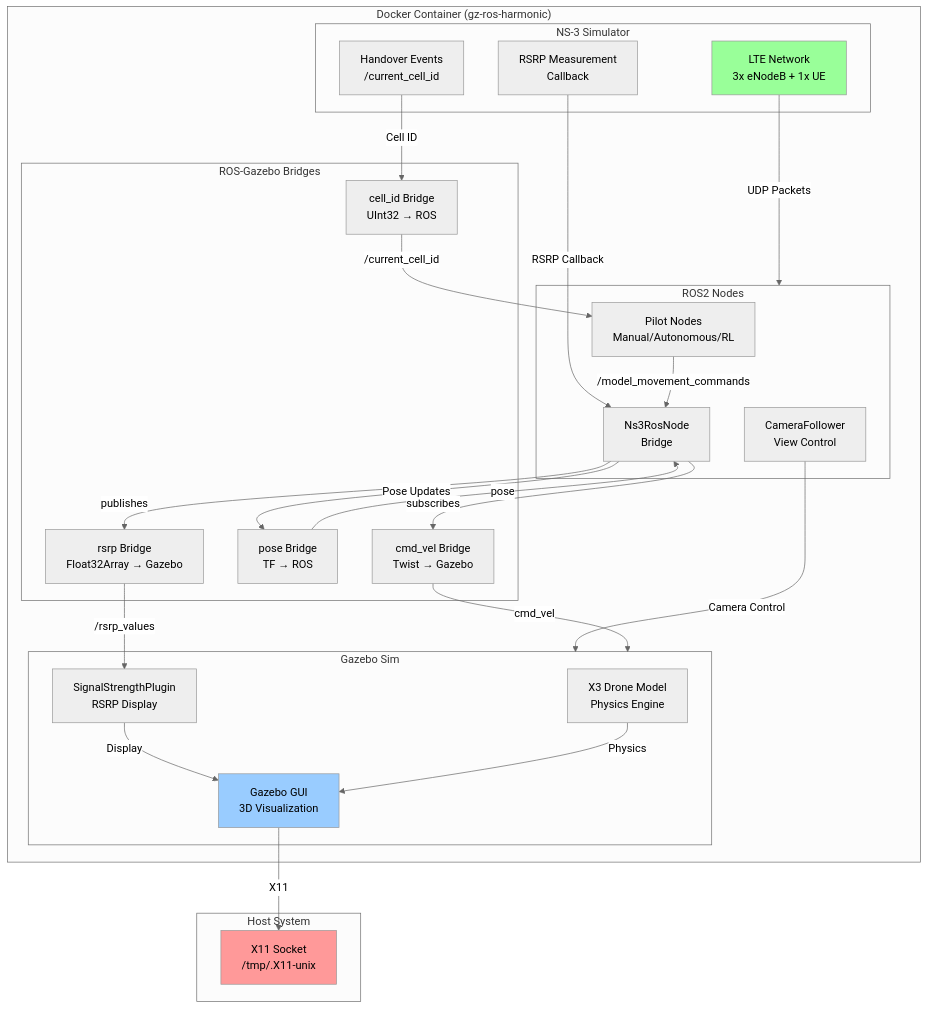
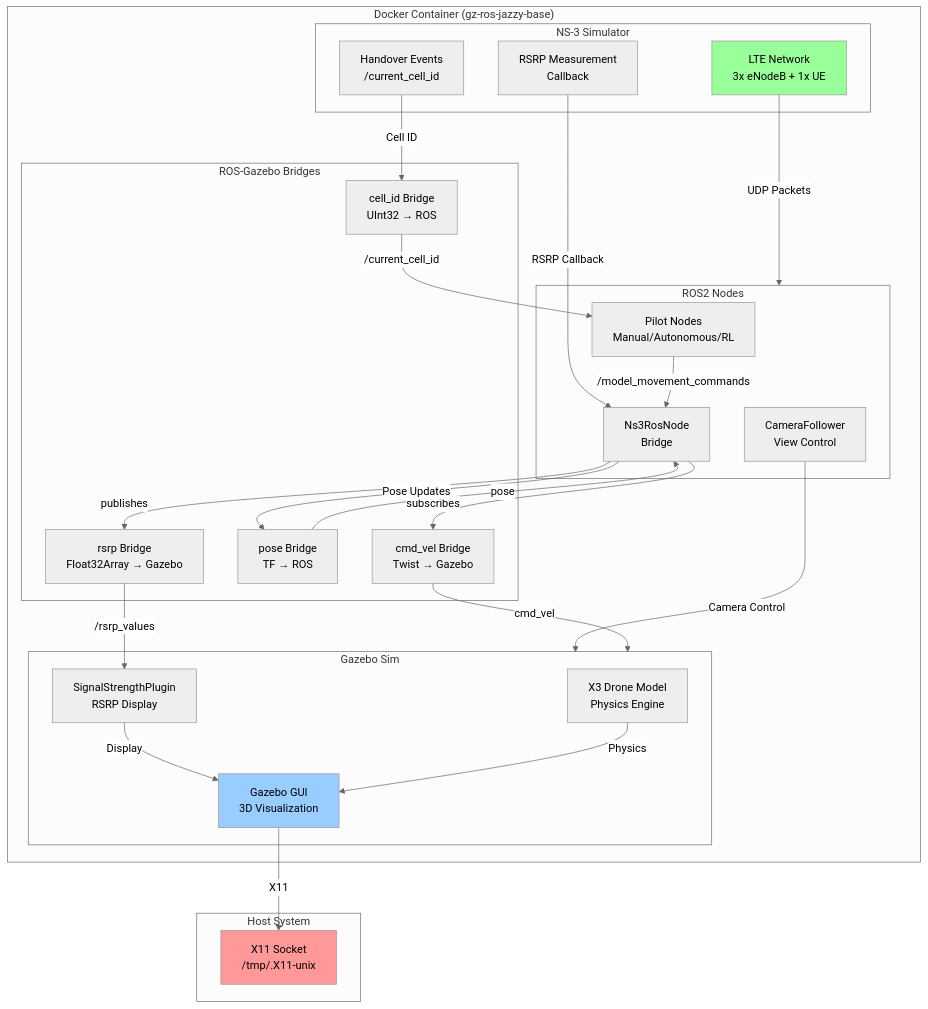
Before and after one commit to Anoop-Grunt/lte-drone-simulation-ns3-gazebo-ros: the diagram in README.md, drawn with Mermaid (neutral theme). The commit also changed other lines of this file, not shown here.

````diff
--- a/README.md
+++ b/README.md
@@ -17,58 +17,58 @@
 ```mermaid
 graph TB
     subgraph Host["Host System"]
         X11["X11 Socket<br/>/tmp/.X11-unix"]
     end
     
-    subgraph Docker["Docker Container (gz-ros-harmonic)"]
+    subgraph Docker["Docker Container (gz-ros-jazzy-base)"]
         subgraph NS3["NS-3 Simulator"]
             NS3_LTE["LTE Network<br/>3x eNodeB + 1x UE"]
             RSRP_TRACE["RSRP Measurement<br/>Callback"]
             HANDOVER["Handover Events<br/>/current_cell_id"]
         end
         
         subgraph ROS["ROS2 Nodes"]
             NS3_ROS["Ns3RosNode<br/>Bridge"]
             PILOTS["Pilot Nodes<br/>Manual/Autonomous/RL"]
             CAMERA["CameraFollower<br/>View Control"]
         end
         
         subgraph Bridges["ROS-Gazebo Bridges"]
             CMD_BRIDGE["cmd_vel Bridge<br/>Twist → Gazebo"]
             POSE_BRIDGE["pose Bridge<br/>TF → ROS"]
             RSRP_BRIDGE["rsrp Bridge<br/>Float32Array → Gazebo"]
             CELL_BRIDGE["cell_id Bridge<br/>UInt32 → ROS"]
         end
         
         subgraph Gazebo["Gazebo Sim"]
             DRONE["X3 Drone Model<br/>Physics Engine"]
             SIGNAL_PLUGIN["SignalStrengthPlugin<br/>RSRP Display"]
             GUI["Gazebo GUI<br/>3D Visualization"]
         end
         
         NS3_LTE -->|UDP Packets| ROS
         RSRP_TRACE -->|RSRP Callback| NS3_ROS
         HANDOVER -->|Cell ID| CELL_BRIDGE
         
         NS3_ROS -->|publishes| RSRP_BRIDGE
         NS3_ROS -->|subscribes| CMD_BRIDGE
         NS3_ROS -->|Pose Updates| POSE_BRIDGE
         CELL_BRIDGE -->|/current_cell_id| PILOTS
         
         PILOTS -->|/model_movement_commands| NS3_ROS
         CAMERA -->|Camera Control| Gazebo
         
         CMD_BRIDGE -->|cmd_vel| Gazebo
         POSE_BRIDGE -->|pose| NS3_ROS
         RSRP_BRIDGE -->|/rsrp_values| SIGNAL_PLUGIN
         
         SIGNAL_PLUGIN -->|Display| GUI
         DRONE -->|Physics| GUI
         
         GUI -->|X11| X11
     end
     
     style X11 fill:#ff9999
     style GUI fill:#99ccff
     style NS3_LTE fill:#99ff99
 ```
````
